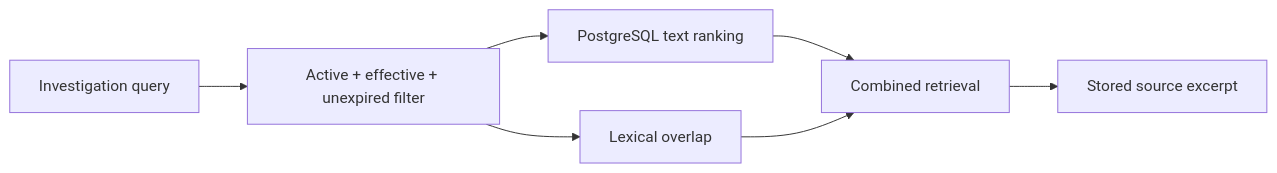
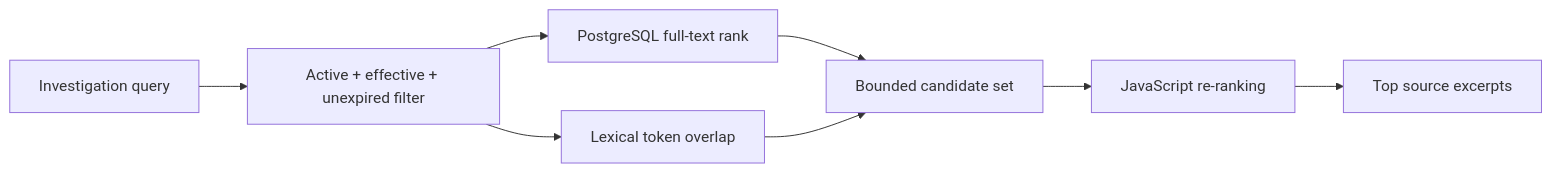
One commit to aayush-as69/exceptionpilot changed the diagram in docs/rag.md. Above: the diagram before and after it, drawn with Mermaid. The commit also changed other lines of this file, not shown here.

Commit message:
Clarify retrieval limitations

````diff
--- a/docs/rag.md
+++ b/docs/rag.md
@@ -18,9 +11,10 @@
 ```mermaid
 flowchart LR
     Q[Investigation query] --> F[Active + effective + unexpired filter]
-    F --> T[PostgreSQL text ranking]
-    F --> L[Lexical overlap]
-    T --> R[Combined retrieval]
+    F --> T[PostgreSQL full-text rank]
+    F --> L[Lexical token overlap]
+    T --> R[Bounded candidate set]
     L --> R
-    R --> E[Stored source excerpt]
+    R --> E[JavaScript re-ranking]
+    E --> S[Top source excerpts]
 ```
````
